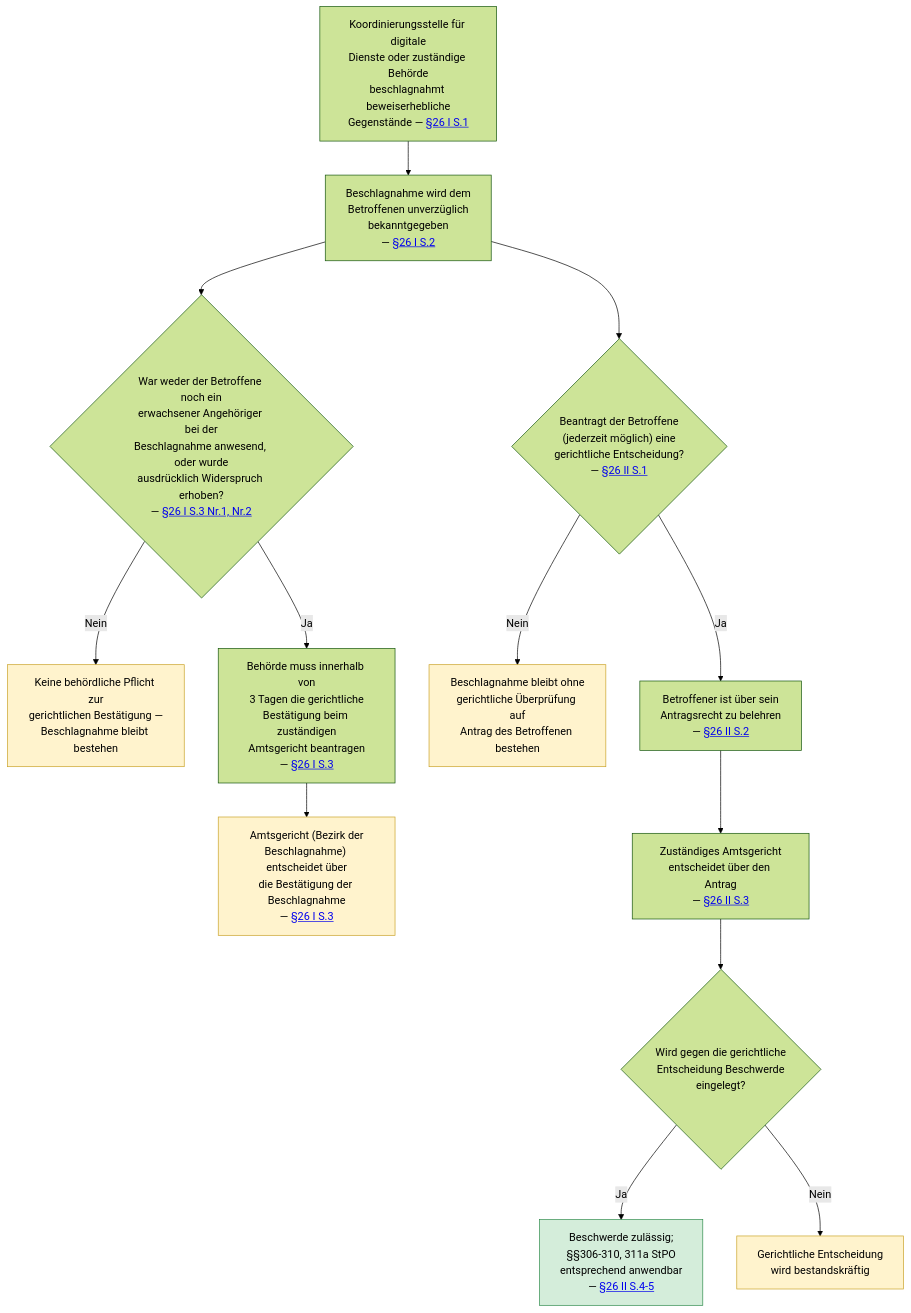
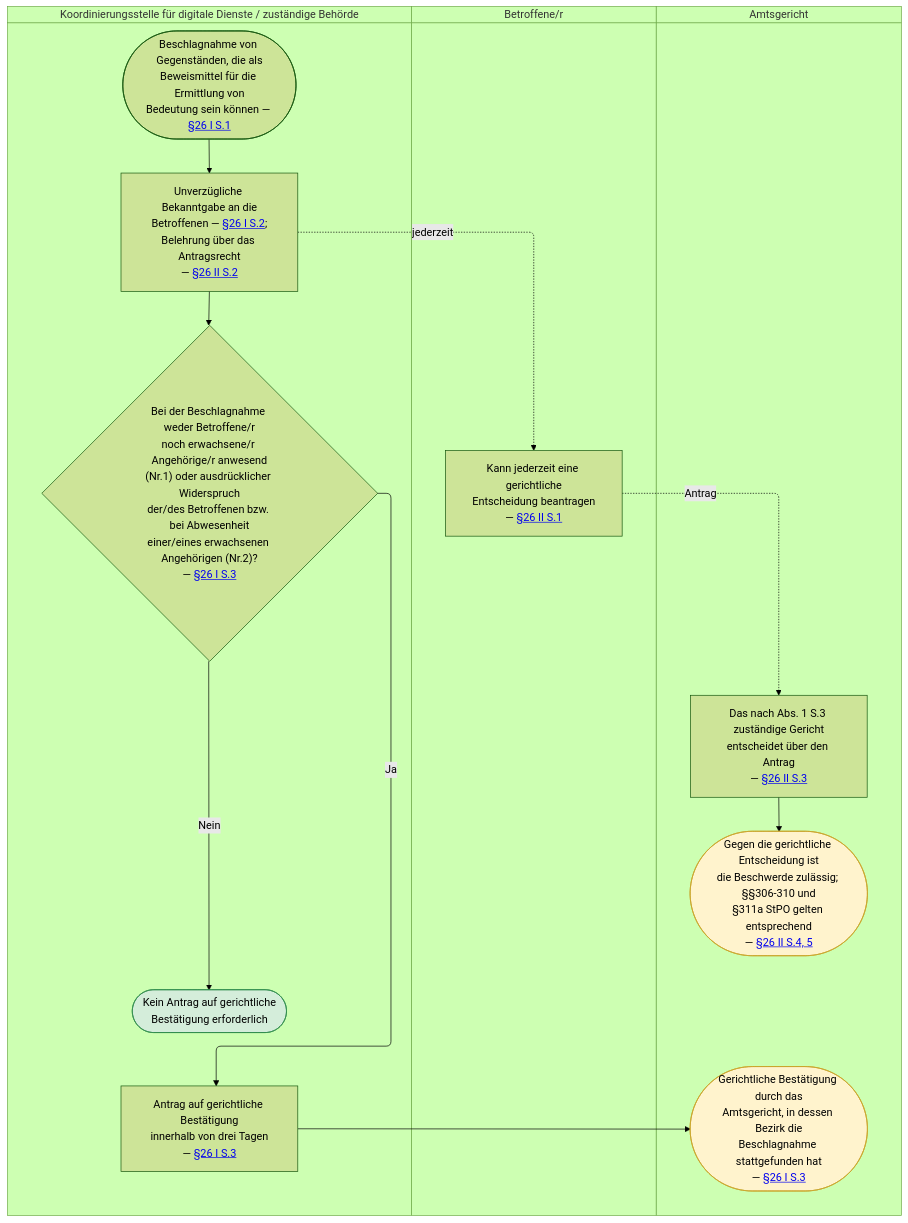
One commit to digitalservicebund/zfl-website changed the diagram in src/content/ki-visualisierungen/DDG/beschlagnahme.mmd. Above: the diagram before and after it, drawn with Mermaid (forest theme). The commit also changed 48 other files, not shown here.

```diff
--- a/src/content/ki-visualisierungen/DDG/beschlagnahme.mmd
+++ b/src/content/ki-visualisierungen/DDG/beschlagnahme.mmd
@@ -1,33 +1,35 @@
 ---
-summary: "Zeigt das Verfahren zur Beschlagnahme beweiserheblicher Gegenstände durch die Koordinierungsstelle für digitale Dienste nach §26 DDG, einschließlich der Voraussetzungen für eine gerichtliche Bestätigung und der Antragsrechte des Betroffenen."
+summary: "Zeigt die Beschlagnahme von Beweismitteln nach §26 DDG mit Koordinierungsstelle bzw. zuständiger Behörde, Betroffenen und Amtsgericht: Bekanntgabe, Pflicht zur Beantragung der gerichtlichen Bestätigung binnen drei Tagen und das jederzeitige Antragsrecht der Betroffenen."
 ---
-flowchart TD
-    S["Koordinierungsstelle für digitale<br/>Dienste oder zuständige Behörde<br/>beschlagnahmt beweiserhebliche<br/>Gegenstände — <a href='{{ELI}}#art-z26_abs-z1' target='_blank' rel='noopener'>§26 I S.1</a>"] --> A1["Beschlagnahme wird dem<br/>Betroffenen unverzüglich<br/>bekanntgegeben<br/>— <a href='{{ELI}}#art-z26_abs-z1' target='_blank' rel='noopener'>§26 I S.2</a>"]
+swimlane-beta TD
+    subgraph BH["Koordinierungsstelle für digitale Dienste / zuständige Behörde"]
+        start(["Beschlagnahme von Gegenständen, die als<br/>Beweismittel für die Ermittlung von<br/>Bedeutung sein können — <a href='{{ELI}}#art-z26_abs-z1' target='_blank' rel='noopener'>§26 I S.1</a>"])
+        bekanntgabe["Unverzügliche Bekanntgabe an die<br/>Betroffenen — <a href='{{ELI}}#art-z26_abs-z1' target='_blank' rel='noopener'>§26 I S.2</a>;<br/>Belehrung über das Antragsrecht<br/>— <a href='{{ELI}}#art-z26_abs-z2' target='_blank' rel='noopener'>§26 II S.2</a>"]
+        anwesend{"Bei der Beschlagnahme weder Betroffene/r<br/>noch erwachsene/r Angehörige/r anwesend<br/>(Nr.1) oder ausdrücklicher Widerspruch<br/>der/des Betroffenen bzw. bei Abwesenheit<br/>einer/eines erwachsenen Angehörigen (Nr.2)?<br/>— <a href='{{ELI}}#art-z26_abs-z1' target='_blank' rel='noopener'>§26 I S.3</a>"}
+        keinBestaetigungsantrag(["Kein Antrag auf gerichtliche<br/>Bestätigung erforderlich"])
+        bestaetigungsantrag["Antrag auf gerichtliche Bestätigung<br/>innerhalb von drei Tagen<br/>— <a href='{{ELI}}#art-z26_abs-z1' target='_blank' rel='noopener'>§26 I S.3</a>"]
+    end
 
-    A1 --> Q1{"War weder der Betroffene noch ein<br/>erwachsener Angehöriger bei der<br/>Beschlagnahme anwesend, oder wurde<br/>ausdrücklich Widerspruch erhoben?<br/>— <a href='{{ELI}}#art-z26_abs-z1' target='_blank' rel='noopener'>§26 I S.3 Nr.1, Nr.2</a>"}
+    subgraph BT["Betroffene/r"]
+        antrag["Kann jederzeit eine gerichtliche<br/>Entscheidung beantragen<br/>— <a href='{{ELI}}#art-z26_abs-z2' target='_blank' rel='noopener'>§26 II S.1</a>"]
+    end
 
-    Q1 -->|Nein| Z1["Keine behördliche Pflicht zur<br/>gerichtlichen Bestätigung —<br/>Beschlagnahme bleibt bestehen"]
+    subgraph AG["Amtsgericht"]
+        bestaetigung(["Gerichtliche Bestätigung durch das<br/>Amtsgericht, in dessen Bezirk die<br/>Beschlagnahme stattgefunden hat<br/>— <a href='{{ELI}}#art-z26_abs-z1' target='_blank' rel='noopener'>§26 I S.3</a>"])
+        entscheidung["Das nach Abs. 1 S.3 zuständige Gericht<br/>entscheidet über den Antrag<br/>— <a href='{{ELI}}#art-z26_abs-z2' target='_blank' rel='noopener'>§26 II S.3</a>"]
+        beschwerde(["Gegen die gerichtliche Entscheidung ist<br/>die Beschwerde zulässig; §§306-310 und<br/>§311a StPO gelten entsprechend<br/>— <a href='{{ELI}}#art-z26_abs-z2' target='_blank' rel='noopener'>§26 II S.4, 5</a>"])
+    end
 
-    Q1 -->|Ja| F["Behörde muss innerhalb von<br/>3 Tagen die gerichtliche<br/>Bestätigung beim zuständigen<br/>Amtsgericht beantragen<br/>— <a href='{{ELI}}#art-z26_abs-z1' target='_blank' rel='noopener'>§26 I S.3</a>"]
+    start --> bekanntgabe
+    bekanntgabe --> anwesend
+    bekanntgabe -.->|"jederzeit"| antrag
+    anwesend -->|Nein| keinBestaetigungsantrag
+    anwesend -->|Ja| bestaetigungsantrag
+    bestaetigungsantrag --> bestaetigung
+    antrag -.->|Antrag| entscheidung
+    entscheidung --> beschwerde
+    keinBestaetigungsantrag ~~~ bestaetigungsantrag
 
-    F --> Z2["Amtsgericht (Bezirk der<br/>Beschlagnahme) entscheidet über<br/>die Bestätigung der Beschlagnahme<br/>— <a href='{{ELI}}#art-z26_abs-z1' target='_blank' rel='noopener'>§26 I S.3</a>"]
-
-    A1 --> Q2{"Beantragt der Betroffene<br/>(jederzeit möglich) eine<br/>gerichtliche Entscheidung?<br/>— <a href='{{ELI}}#art-z26_abs-z2' target='_blank' rel='noopener'>§26 II S.1</a>"}
-
-    Q2 -->|Nein| Z3["Beschlagnahme bleibt ohne<br/>gerichtliche Überprüfung auf<br/>Antrag des Betroffenen bestehen"]
-
-    Q2 -->|Ja| B1["Betroffener ist über sein<br/>Antragsrecht zu belehren<br/>— <a href='{{ELI}}#art-z26_abs-z2' target='_blank' rel='noopener'>§26 II S.2</a>"]
-
-    B1 --> B2["Zuständiges Amtsgericht<br/>entscheidet über den Antrag<br/>— <a href='{{ELI}}#art-z26_abs-z2' target='_blank' rel='noopener'>§26 II S.3</a>"]
-
-    B2 --> Q3{"Wird gegen die gerichtliche<br/>Entscheidung Beschwerde<br/>eingelegt?"}
-
-    Q3 -->|Ja| Z4["Beschwerde zulässig;<br/>§§306-310, 311a StPO<br/>entsprechend anwendbar<br/>— <a href='{{ELI}}#art-z26_abs-z2' target='_blank' rel='noopener'>§26 II S.4-5</a>"]
-
-    Q3 -->|Nein| Z5["Gerichtliche Entscheidung<br/>wird bestandskräftig"]
-
-    style Z1 fill:#fff3cd,stroke:#c9a227
-    style Z2 fill:#fff3cd,stroke:#c9a227
-    style Z3 fill:#fff3cd,stroke:#c9a227
-    style Z4 fill:#d4edda,stroke:#2d8a4a
-    style Z5 fill:#fff3cd,stroke:#c9a227
+    style keinBestaetigungsantrag fill:#d4edda,stroke:#2d8a4a
+    style bestaetigung fill:#fff3cd,stroke:#c9a227
+    style beschwerde fill:#fff3cd,stroke:#c9a227
```
